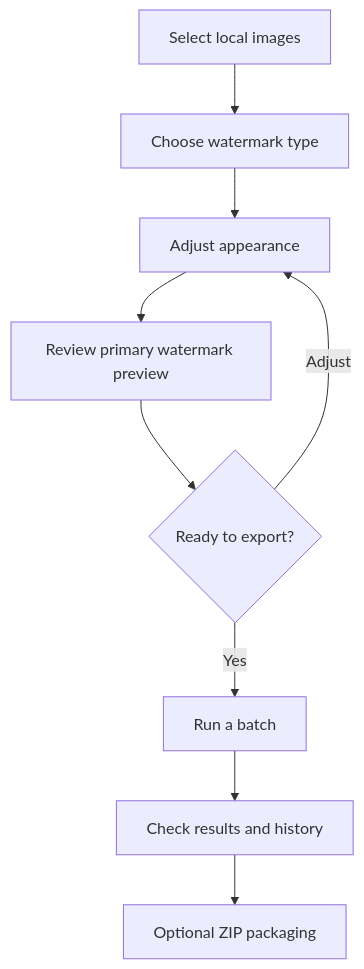
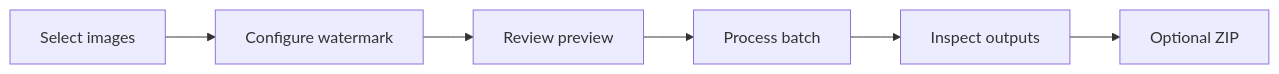
One commit to Roxas130/watermarkpro-showcase changed the diagram in PRODUCT_TOUR.md. Above: the diagram before and after it, drawn with Mermaid. The commit also changed other lines of this file and 8 other files, not shown here.

````diff
--- a/PRODUCT_TOUR.md
+++ b/PRODUCT_TOUR.md
@@ -15,11 +86,8 @@
 ```mermaid
-flowchart TD
-    A["Select local images"] --> B["Choose watermark type"]
-    B --> C["Adjust appearance"]
-    C --> D["Review primary watermark preview"]
-    D --> E{"Ready to export?"}
-    E -- "Adjust" --> C
-    E -- "Yes" --> F["Run a batch"]
-    F --> G["Check results and history"]
-    G --> H["Optional ZIP packaging"]
+flowchart LR
+    A["Select images"] --> B["Configure watermark"]
+    B --> C["Review preview"]
+    C --> D["Process batch"]
+    D --> E["Inspect outputs"]
+    E --> F["Optional ZIP"]
 ```
````
